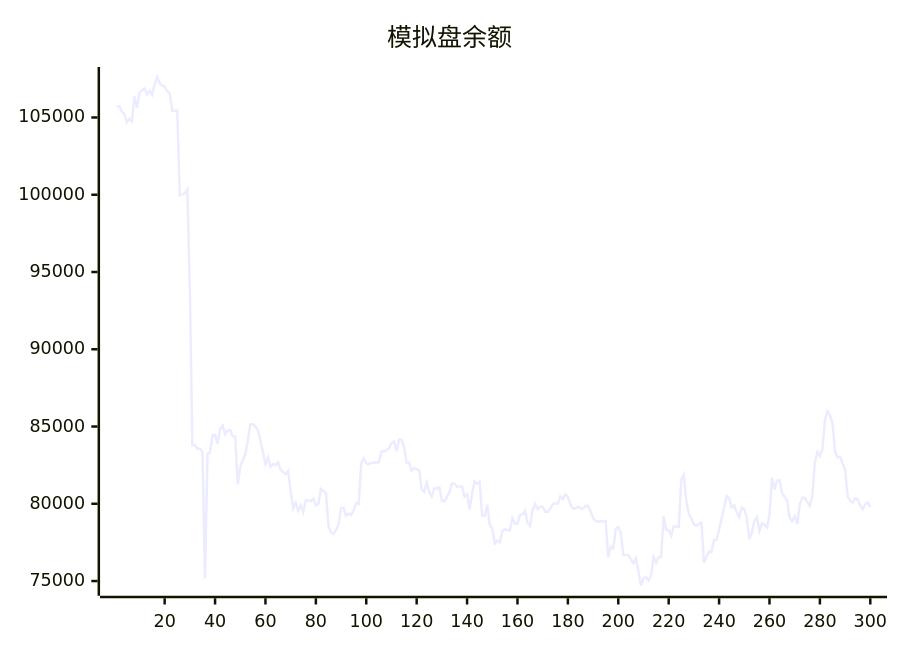
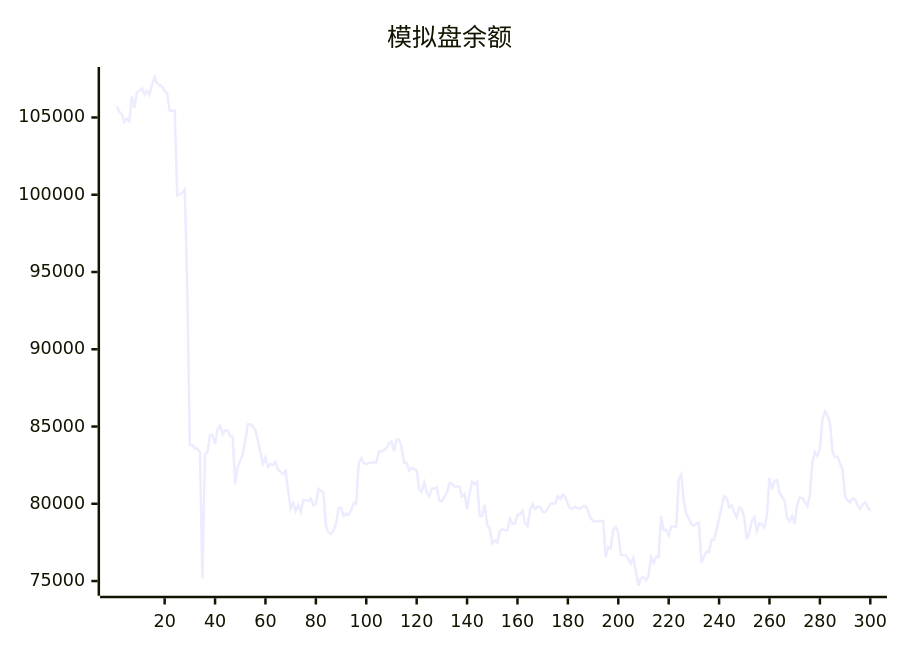
One commit to aahl/ai-trading changed the diagram in README.md. Above: the diagram before and after it, drawn with Mermaid. The commit also changed other lines of this file and 1 other file, not shown here.

````diff
--- a/README.md
+++ b/README.md
@@ -5,5 +5,5 @@
 ```mermaid
 xychart
     title "模拟盘余额"
-    line [105709,105739,105374,105227,104691,104924,104762,106364,105628,106608,106748,106872,106485,106721,106468,107132,107620,107224,107080,107001,106717,106567,105431,105431,105440,99950,100017,100113,100337,93749,83795,83807,83567,83567,83342,75168,83222,83336,84448,84449,83896,84839,85065,84499,84757,84757,84364,84347,81254,82385,82835,83184,84099,85150,85150,85002,84751,84096,83356,82582,82983,82404,82572,82512,82688,82200,82047,81920,82125,80840,79688,80060,79552,79920,79470,80236,80208,80170,80336,79894,80006,80954,80837,80712,78561,78139,78037,78293,78682,79720,79720,79214,79372,79279,79591,80046,79993,82625,82950,82626,82571,82633,82670,82670,82681,83386,83378,83464,83579,83920,84037,83402,84160,84142,83652,82655,82655,82145,82315,82243,82163,80934,80770,81371,80742,80468,80989,80989,81067,80191,80155,80450,80737,81309,81309,81106,81119,81119,80471,80631,79624,80670,81448,81290,81429,79212,79222,79940,78643,78380,77432,77623,77504,78235,78358,78284,78277,79048,78714,78714,79290,79308,79567,78763,78563,79603,79988,79652,79813,79813,79476,79469,79673,79995,80015,80015,80486,80314,80600,80436,79966,79689,79689,79819,79692,79692,79850,79850,79518,79071,78889,78850,78850,78878,78878,76554,77202,77103,78357,78510,78106,76678,76677,76672,76411,76159,76485,75656,74695,75197,75246,75052,75334,76564,76179,76553,76551,79196,78300,78300,77944,78531,78531,78521,81564,81884,80160,79335,79055,78675,78580,78708,78764,76179,76586,76902,76876,77658,77669,78346,79023,79769,80497,80366,79761,79896,79448,79126,79749,79658,79097,77695,78114,78888,79126,78249,78738,78653,78478,79271,81680,80923,81488,81527,80681,80455,80190,79084,78879,79193,78686,79954,80403,80374,80118,79848,80491,82665,83351,83098,83525,85430,85983,85737,85221,83378,83014,83043,82613,82216,80477,80208,80081,80348,80277,79894,79670,79965,80093,79786]
+    line [105739,105374,105227,104691,104924,104762,106364,105628,106608,106748,106872,106485,106721,106468,107132,107620,107224,107080,107001,106717,106567,105431,105431,105440,99950,100017,100113,100337,93749,83795,83807,83567,83567,83342,75168,83222,83336,84448,84449,83896,84839,85065,84499,84757,84757,84364,84347,81254,82385,82835,83184,84099,85150,85150,85002,84751,84096,83356,82582,82983,82404,82572,82512,82688,82200,82047,81920,82125,80840,79688,80060,79552,79920,79470,80236,80208,80170,80336,79894,80006,80954,80837,80712,78561,78139,78037,78293,78682,79720,79720,79214,79372,79279,79591,80046,79993,82625,82950,82626,82571,82633,82670,82670,82681,83386,83378,83464,83579,83920,84037,83402,84160,84142,83652,82655,82655,82145,82315,82243,82163,80934,80770,81371,80742,80468,80989,80989,81067,80191,80155,80450,80737,81309,81309,81106,81119,81119,80471,80631,79624,80670,81448,81290,81429,79212,79222,79940,78643,78380,77432,77623,77504,78235,78358,78284,78277,79048,78714,78714,79290,79308,79567,78763,78563,79603,79988,79652,79813,79813,79476,79469,79673,79995,80015,80015,80486,80314,80600,80436,79966,79689,79689,79819,79692,79692,79850,79850,79518,79071,78889,78850,78850,78878,78878,76554,77202,77103,78357,78510,78106,76678,76677,76672,76411,76159,76485,75656,74695,75197,75246,75052,75334,76564,76179,76553,76551,79196,78300,78300,77944,78531,78531,78521,81564,81884,80160,79335,79055,78675,78580,78708,78764,76179,76586,76902,76876,77658,77669,78346,79023,79769,80497,80366,79761,79896,79448,79126,79749,79658,79097,77695,78114,78888,79126,78249,78738,78653,78478,79271,81680,80923,81488,81527,80681,80455,80190,79084,78879,79193,78686,79954,80403,80374,80118,79848,80491,82665,83351,83098,83525,85430,85983,85737,85221,83378,83014,83043,82613,82216,80477,80208,80081,80348,80277,79894,79670,79965,80093,79786,79542]
 ```
````
